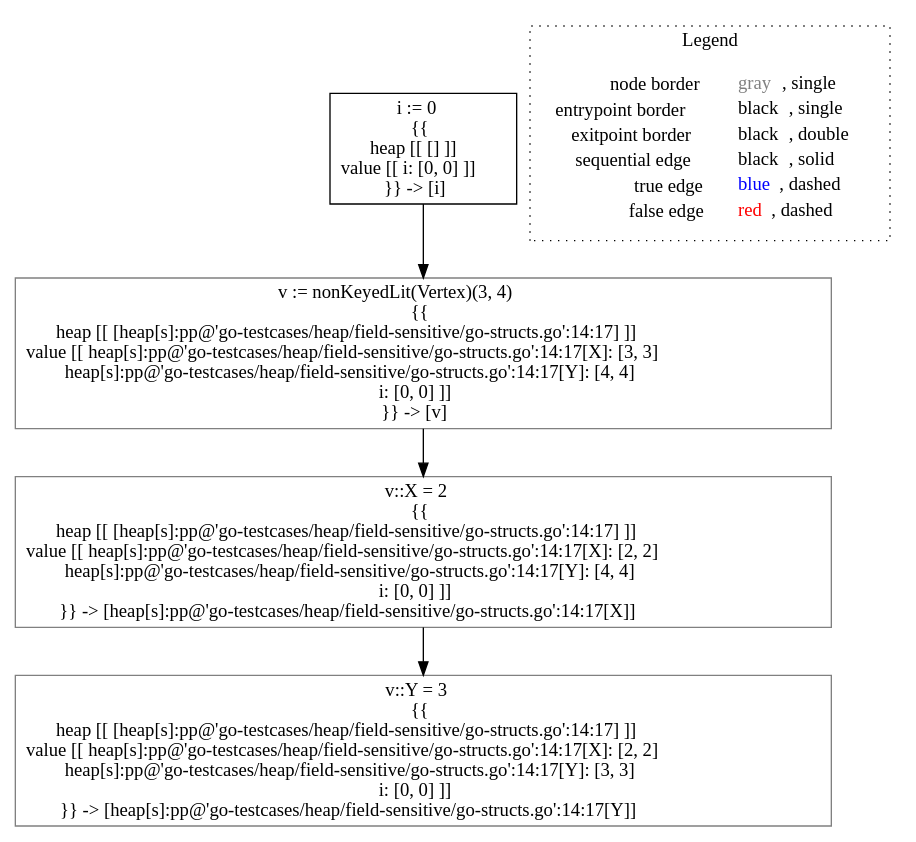
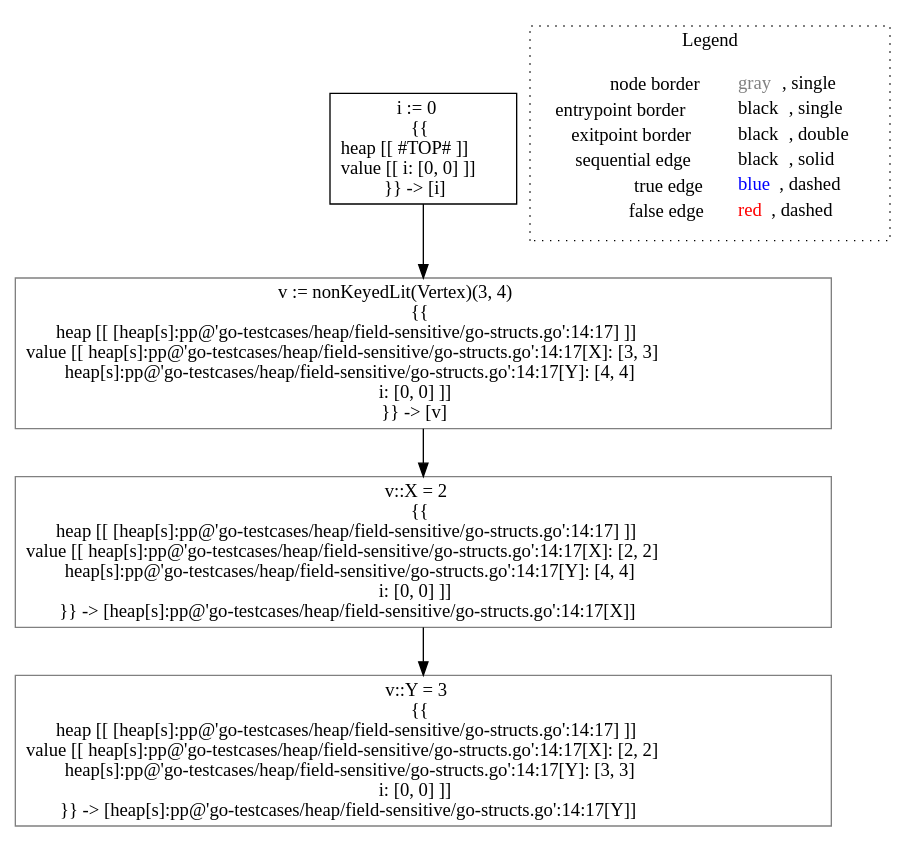
The diagram in go-lisa/go-testcases/heap/field-sensitive/analysis___untyped_~LiSAProgram.main().dot (lisa-analyzer/go-lisa), drawn with Graphviz before and after one commit. The commit also changed 61 other files, not shown here.

```diff
--- a/go-lisa/go-testcases/heap/field-sensitive/analysis___untyped_~LiSAProgram.main().dot
+++ b/go-lisa/go-testcases/heap/field-sensitive/analysis___untyped_~LiSAProgram.main().dot
@@ -1,16 +1,16 @@
 digraph {
-	"node0" [shape="rect",color="black",label=<i := 0<BR/>{{<BR/>heap [[ [] ]]<BR/>value [[ i: [0, 0] ]]<BR/>}} -&gt; [i]>];
+	"node0" [shape="rect",color="black",label=<i := 0<BR/>{{<BR/>heap [[ #TOP# ]]<BR/>value [[ i: [0, 0] ]]<BR/>}} -&gt; [i]>];
 	"node1" [shape="rect",color="gray",label=<v := nonKeyedLit(Vertex)(3, 4)<BR/>{{<BR/>heap [[ [heap[s]:pp@'go-testcases/heap/field-sensitive/go-structs.go':14:17] ]]<BR/>value [[ heap[s]:pp@'go-testcases/heap/field-sensitive/go-structs.go':14:17[X]: [3, 3]<BR/>heap[s]:pp@'go-testcases/heap/field-sensitive/go-structs.go':14:17[Y]: [4, 4]<BR/>i: [0, 0] ]]<BR/>}} -&gt; [v]>];
-	"node2" [shape="rect",color="gray",label=<v::Y = 3<BR/>{{<BR/>heap [[ [heap[s]:pp@'go-testcases/heap/field-sensitive/go-structs.go':14:17] ]]<BR/>value [[ heap[s]:pp@'go-testcases/heap/field-sensitive/go-structs.go':14:17[X]: [2, 2]<BR/>heap[s]:pp@'go-testcases/heap/field-sensitive/go-structs.go':14:17[Y]: [3, 3]<BR/>i: [0, 0] ]]<BR/>}} -&gt; [heap[s]:pp@'go-testcases/heap/field-sensitive/go-structs.go':14:17[Y]]>];
-	"node3" [shape="rect",color="gray",label=<v::X = 2<BR/>{{<BR/>heap [[ [heap[s]:pp@'go-testcases/heap/field-sensitive/go-structs.go':14:17] ]]<BR/>value [[ heap[s]:pp@'go-testcases/heap/field-sensitive/go-structs.go':14:17[X]: [2, 2]<BR/>heap[s]:pp@'go-testcases/heap/field-sensitive/go-structs.go':14:17[Y]: [4, 4]<BR/>i: [0, 0] ]]<BR/>}} -&gt; [heap[s]:pp@'go-testcases/heap/field-sensitive/go-structs.go':14:17[X]]>];
-	"node1" -> "node3" [color="black"];
+	"node2" [shape="rect",color="gray",label=<v::X = 2<BR/>{{<BR/>heap [[ [heap[s]:pp@'go-testcases/heap/field-sensitive/go-structs.go':14:17] ]]<BR/>value [[ heap[s]:pp@'go-testcases/heap/field-sensitive/go-structs.go':14:17[X]: [2, 2]<BR/>heap[s]:pp@'go-testcases/heap/field-sensitive/go-structs.go':14:17[Y]: [4, 4]<BR/>i: [0, 0] ]]<BR/>}} -&gt; [heap[s]:pp@'go-testcases/heap/field-sensitive/go-structs.go':14:17[X]]>];
+	"node3" [shape="rect",color="gray",label=<v::Y = 3<BR/>{{<BR/>heap [[ [heap[s]:pp@'go-testcases/heap/field-sensitive/go-structs.go':14:17] ]]<BR/>value [[ heap[s]:pp@'go-testcases/heap/field-sensitive/go-structs.go':14:17[X]: [2, 2]<BR/>heap[s]:pp@'go-testcases/heap/field-sensitive/go-structs.go':14:17[Y]: [3, 3]<BR/>i: [0, 0] ]]<BR/>}} -&gt; [heap[s]:pp@'go-testcases/heap/field-sensitive/go-structs.go':14:17[Y]]>];
 	"node0" -> "node1" [color="black"];
-	"node3" -> "node2" [color="black"];
+	"node1" -> "node2" [color="black"];
+	"node2" -> "node3" [color="black"];
 subgraph cluster_legend {
 	label="Legend";
 	style=dotted;
 	node [shape=plaintext];
 	"legend" [label=<<table border="0" cellpadding="2" cellspacing="0" cellborder="0"><tr><td align="right">node border&nbsp;</td><td align="left"><font color="gray">gray</font>, single</td></tr><tr><td align="right">entrypoint border&nbsp;</td><td align="left"><font color="black">black</font>, single</td></tr><tr><td align="right">exitpoint border&nbsp;</td><td align="left"><font color="black">black</font>, double</td></tr><tr><td align="right">sequential edge&nbsp;</td><td align="left"><font color="black">black</font>, solid</td></tr><tr><td align="right">true edge&nbsp;</td><td align="left"><font color="blue">blue</font>, dashed</td></tr><tr><td align="right">false edge&nbsp;</td><td align="left"><font color="red">red</font>, dashed</td></tr></table>>];
 }
 
 }
```
